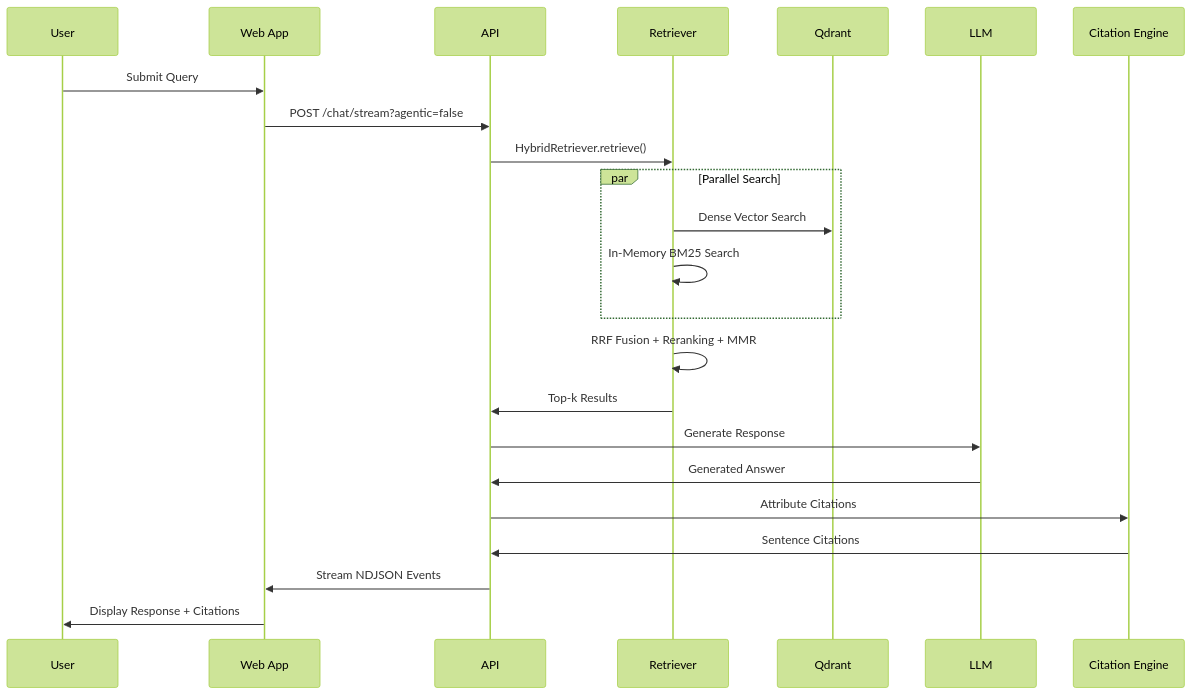
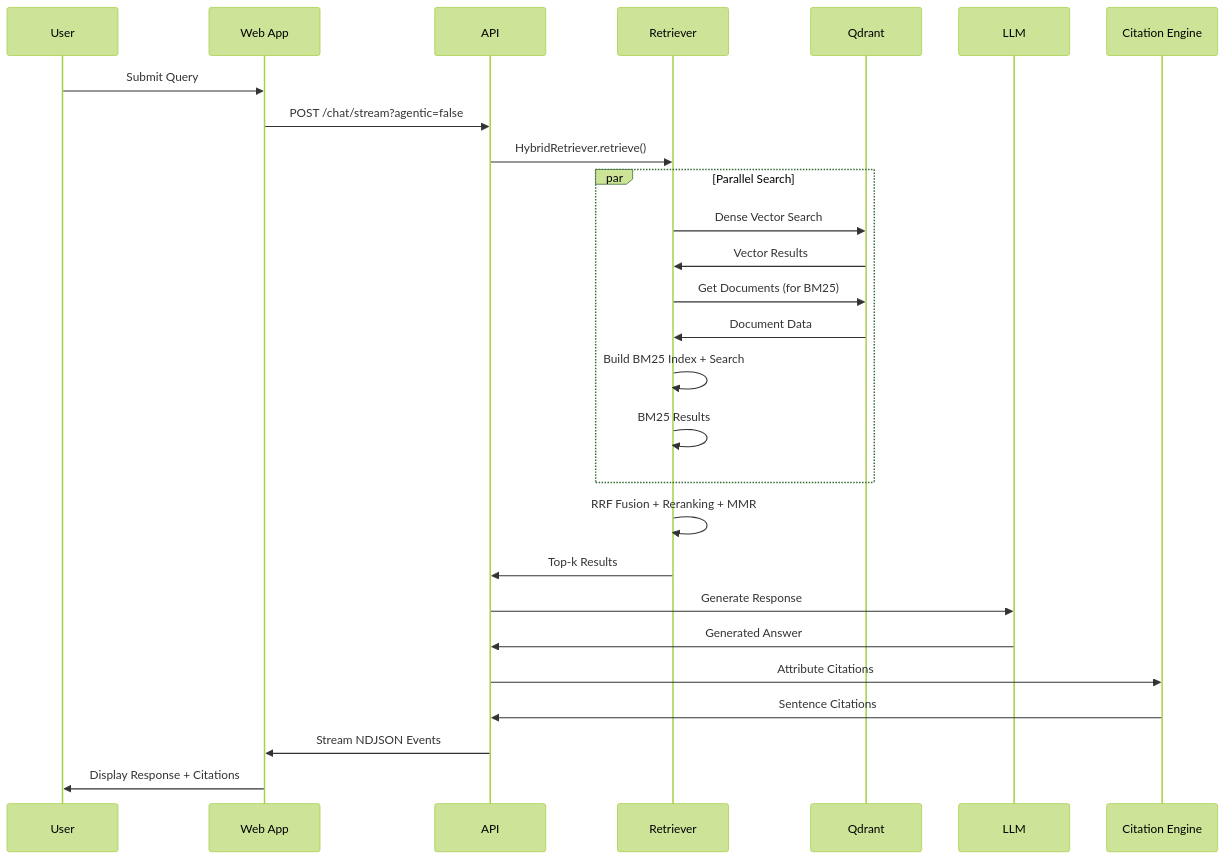
Before and after one commit to Marcussy34/maistorage: the third of 4 diagrams in docs/ARCHITECTURE.md, drawn with Mermaid (forest theme). The commit also changed other lines of this file, not shown here.

````diff
--- a/docs/ARCHITECTURE.md
+++ b/docs/ARCHITECTURE.md
@@ -218,28 +218,32 @@
 ```mermaid
 sequenceDiagram
     participant U as User
     participant W as Web App
     participant A as API
     participant R as Retriever
     participant Q as Qdrant
     participant L as LLM
     participant C as Citation Engine
 
     U->>W: Submit Query
     W->>A: POST /chat/stream?agentic=false
     A->>R: HybridRetriever.retrieve()
     
     par Parallel Search
         R->>Q: Dense Vector Search
-        R->>R: In-Memory BM25 Search
+        Q->>R: Vector Results
+        R->>Q: Get Documents (for BM25)
+        Q->>R: Document Data
+        R->>R: Build BM25 Index + Search
+        R->>R: BM25 Results
     end
     
     R->>R: RRF Fusion + Reranking + MMR
     R->>A: Top-k Results
     A->>L: Generate Response
     L->>A: Generated Answer
     A->>C: Attribute Citations
     C->>A: Sentence Citations
     A->>W: Stream NDJSON Events
     W->>U: Display Response + Citations
 ```
````
